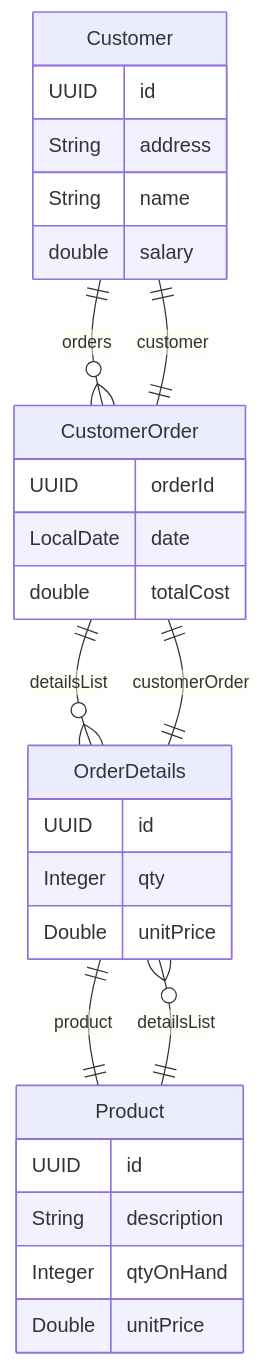
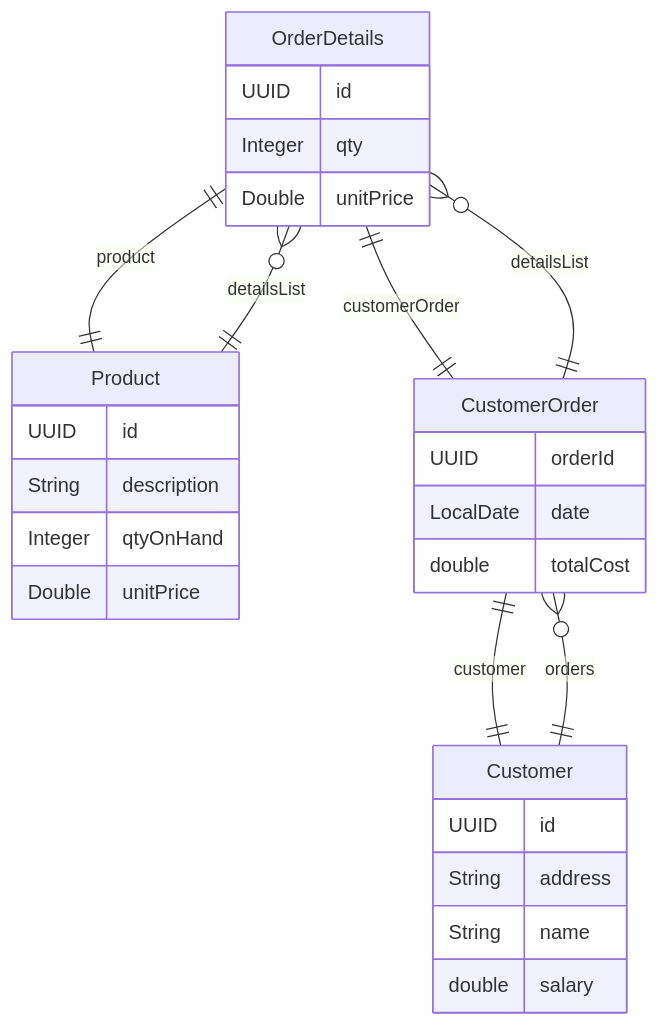
Before and after one commit to PasanIS/car-rental-management: the diagram in POS/er-diagram.md, drawn with Mermaid. The commit also changed other lines of this file and 5 other files, not shown here.

Commit message:
add CustomerOrderService and implementation; define createOrder method; update ER diagram to include OrderDetails entity and relationships

````diff
--- a/POS/er-diagram.md
+++ b/POS/er-diagram.md
@@ -1,39 +1,39 @@
 ```mermaid
 erDiagram
+    OrderDetails {
+        UUID id
+        Integer qty
+        Double unitPrice
+    }
+
     Customer {
         UUID id
         String address
         String name
         double salary
     }
 
     Product {
         UUID id
         String description
         Integer qtyOnHand
         Double unitPrice
     }
 
     CustomerOrder {
         UUID orderId
         LocalDate date
         double totalCost
     }
 
-    OrderDetails {
-        UUID id
-        Integer qty
-        Double unitPrice
-    }
+    OrderDetails ||--|| CustomerOrder : "customerOrder"
+    OrderDetails ||--|| Product : "product"
 
     Customer ||--o{ CustomerOrder : "orders"
 
     Product ||--o{ OrderDetails : "detailsList"
 
     CustomerOrder ||--|| Customer : "customer"
     CustomerOrder ||--o{ OrderDetails : "detailsList"
 
-    OrderDetails ||--|| CustomerOrder : "customerOrder"
-    OrderDetails ||--|| Product : "product"
-
 ```
````
